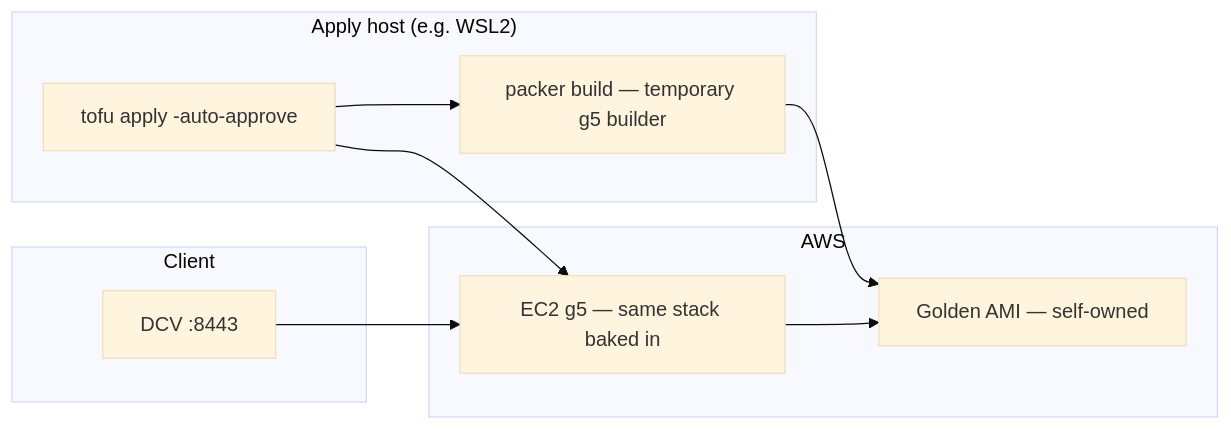
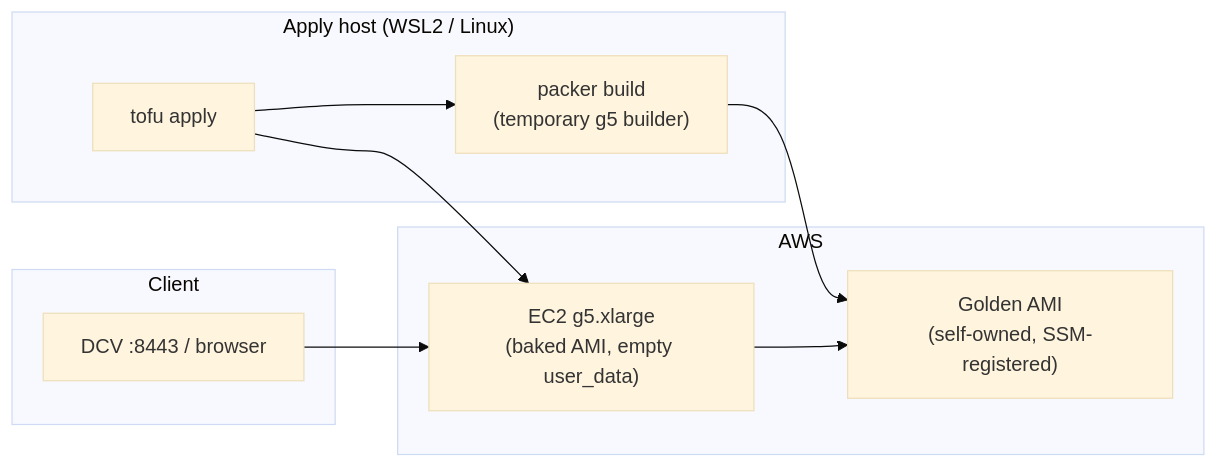
Before and after one commit to rubencg195/aws-pybullet-environment: the third of 4 diagrams in README.md, drawn with Mermaid (base theme). The commit also changed other lines of this file, not shown here.

First line of the commit message:
Restructure README: remove redundancy, organize phased roadmap

````diff
--- a/README.md
+++ b/README.md
@@ -57,19 +82,19 @@
 ```mermaid
 flowchart LR
-  subgraph dev["Apply host (e.g. WSL2)"]
-    TOFU["tofu apply -auto-approve"]
-    PKR["packer build — temporary g5 builder"]
+  subgraph dev["Apply host (WSL2 / Linux)"]
+    TOFU["tofu apply"]
+    PKR["packer build\n(temporary g5 builder)"]
   end
   subgraph aws["AWS"]
-    AMI["Golden AMI — self-owned"]
-    EC2["EC2 g5 — same stack baked in"]
+    AMI["Golden AMI\n(self-owned, SSM-registered)"]
+    EC2["EC2 g5.xlarge\n(baked AMI, empty user_data)"]
   end
   subgraph client["Client"]
-    DCVC["DCV :8443"]
+    DCVC["DCV :8443 / browser"]
   end
   TOFU --> PKR
   PKR --> AMI
   TOFU --> EC2
   EC2 --> AMI
   DCVC --> EC2
 ```
````
